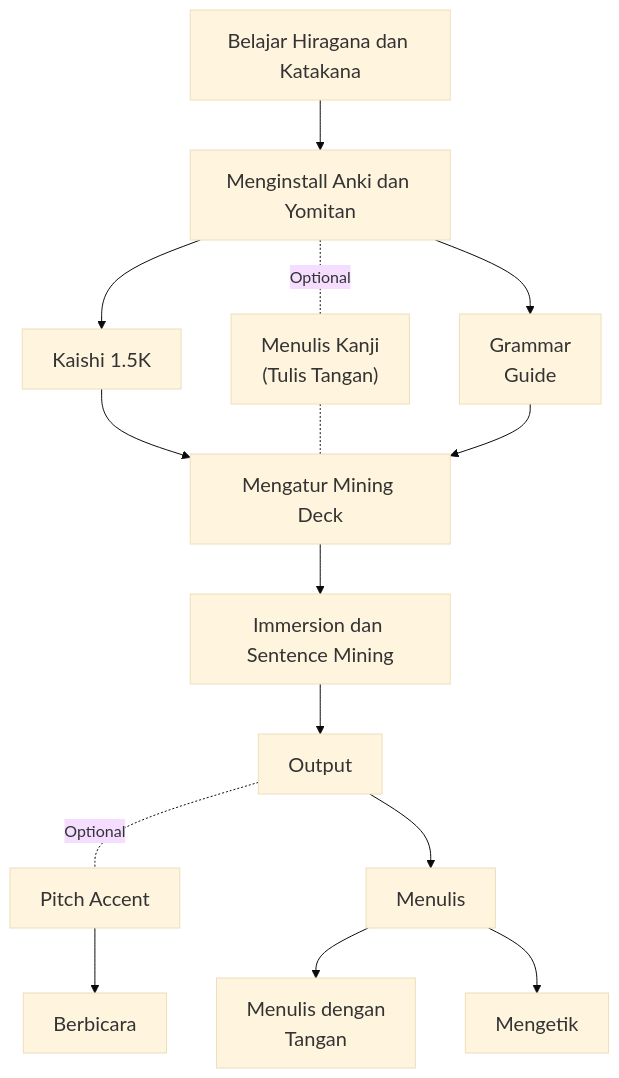
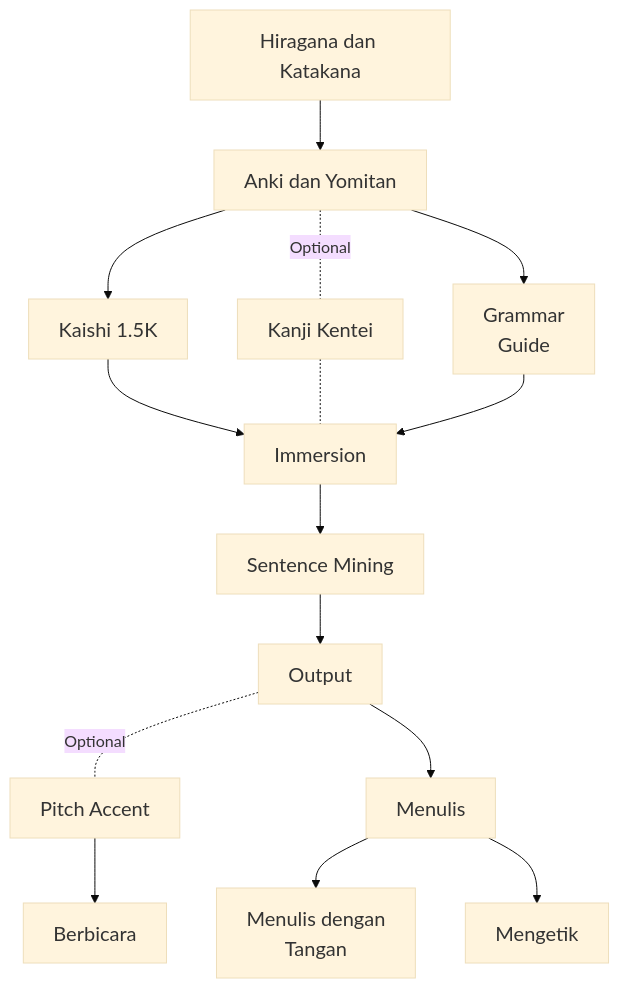
One commit to nasena21/belajar-bahasa-jepang changed the diagram in docs/guide/main_guide.md. Above: the diagram before and after it, drawn with Mermaid (base theme). The commit also changed 12 other files, not shown here.

````diff
--- a/docs/guide/main_guide.md
+++ b/docs/guide/main_guide.md
@@ -7,17 +7,17 @@
 ```mermaid
     flowchart TB
-        A[<p style="font-size: 20px;">Belajar Hiragana dan Katakana</p>] --> B[<p style="font-size: 20px;">Menginstall Anki dan Yomitan</p>]
+        A[<p style="font-size: 20px;">Hiragana dan Katakana</p>] --> B[<p style="font-size: 20px;">Anki dan Yomitan</p>]
         B --> C[<p style="font-size: 20px;">Kaishi 1.5K</p>]
-        B -.-|Optional| D[<p style="font-size: 20px;">Menulis Kanji <br>#40;Tulis Tangan#41;</p>]
+        B -.-|Optional| D[<p style="font-size: 20px;">Kanji Kentei</p>]
         B --> E[<p style="font-size: 20px;">Grammar <br> Guide</p>]
         C --> F[<p style="font-size: 20px;">Mengatur Mining Deck</p>]
-        D -.- F[<p style="font-size: 20px;">Mengatur Mining Deck</p>]
-        E --> F[<p style="font-size: 20px;">Mengatur Mining Deck</p>]
-        F --> G[<p style="font-size: 20px;">Immersion dan Sentence Mining</p>]
+        D -.- F[<p style="font-size: 20px;">Immersion</p>]
+        E --> F[<p style="font-size: 20px;">Immersion</p>]
+        F --> G[<p style="font-size: 20px;">Sentence Mining</p>]
         G --> H[<p style="font-size: 20px;">Output</p>]
         H -.-|Optional| J[<p style="font-size: 20px;">Pitch Accent</p>]
         J --> N[<p style="font-size: 20px;">Berbicara</p>]
         H --> K[<p style="font-size: 20px;">Menulis</p>]
         K --> L[<p style="font-size: 20px;">Menulis dengan<br>Tangan</p>]
         K --> M[<p style="font-size: 20px;">Mengetik</p>]
 ```
````
